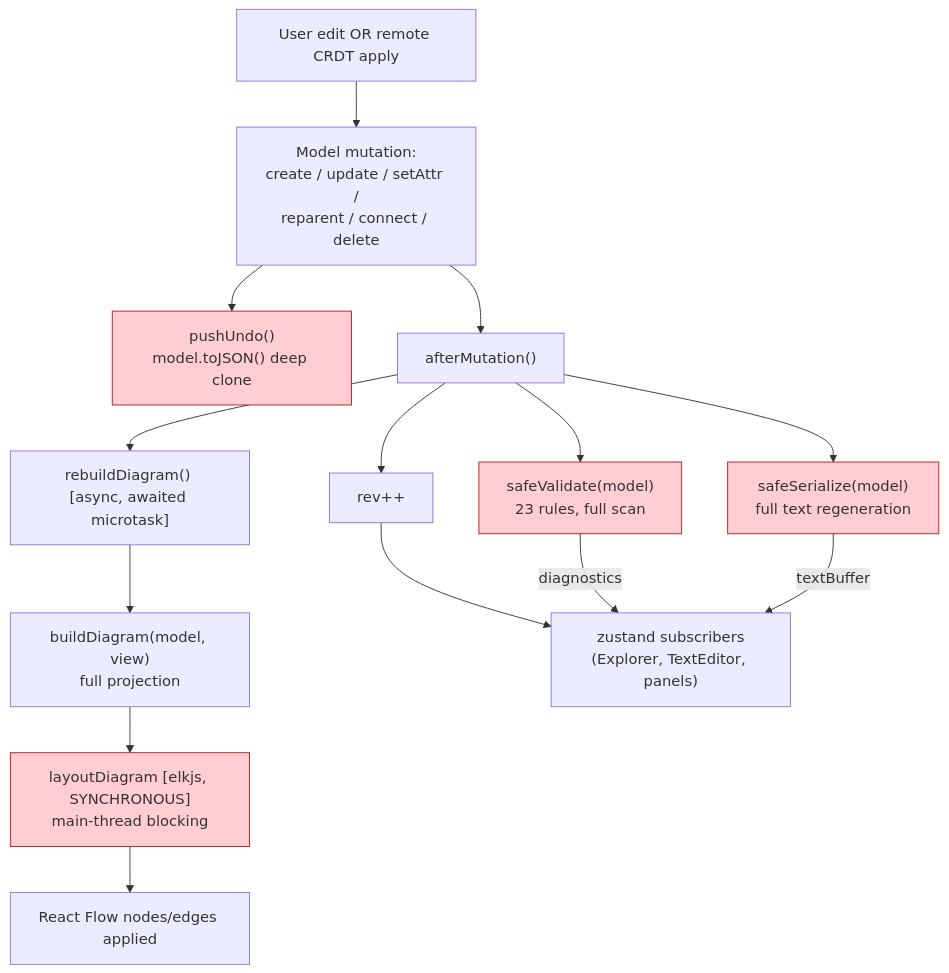
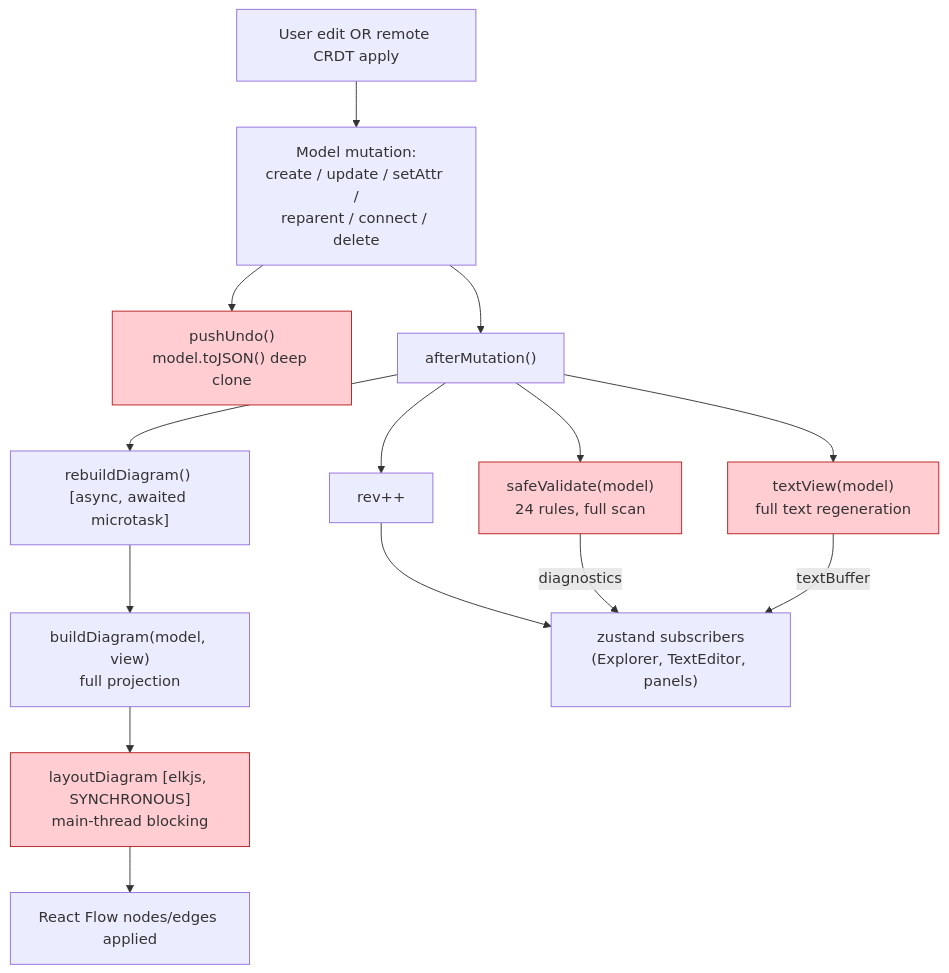
Before and after one commit to cosmindxu/sysprose: the third of 7 diagrams in docs/architecture/05-data-flow.md, drawn with Mermaid. The commit also changed other lines of this file and 26 other files, not shown here.

First line of the commit message:
fix(text): a note body cannot inject model structure, and a faulted save stays honest

````diff
--- a/docs/architecture/05-data-flow.md
+++ b/docs/architecture/05-data-flow.md
@@ -98,32 +98,32 @@
 ```mermaid
 flowchart TB
     trigger["User edit OR remote CRDT apply"]
     op["Model mutation:\ncreate / update / setAttr /\nreparent / connect / delete"]
     pushUndo["pushUndo()\nmodel.toJSON() deep clone"]
     afterMut["afterMutation()"]
-    validate["safeValidate(model)\n23 rules, full scan"]
-    serialize["safeSerialize(model)\nfull text regeneration"]
+    validate["safeValidate(model)\n24 rules, full scan"]
+    serialize["textView(model)\nfull text regeneration"]
     bump["rev++"]
     rebuild["rebuildDiagram() [async, awaited microtask]"]
     build["buildDiagram(model, view)\nfull projection"]
     layout["layoutDiagram [elkjs, SYNCHRONOUS]\nmain-thread blocking"]
     apply["React Flow nodes/edges applied"]
     listeners[" zustand subscribers\n(Explorer, TextEditor, panels)"]
 
     trigger --> op
     op --> pushUndo
     op --> afterMut
     afterMut --> validate
     afterMut --> serialize
     afterMut --> bump
     afterMut --> rebuild
     rebuild --> build
     build --> layout
     layout --> apply
     bump --> listeners
     validate -->|diagnostics| listeners
     serialize -->|textBuffer| listeners
 
     classDef hot fill:#ffcdd2,stroke:#b71c1c
     class validate,serialize,layout,pushUndo hot
 ```
````
